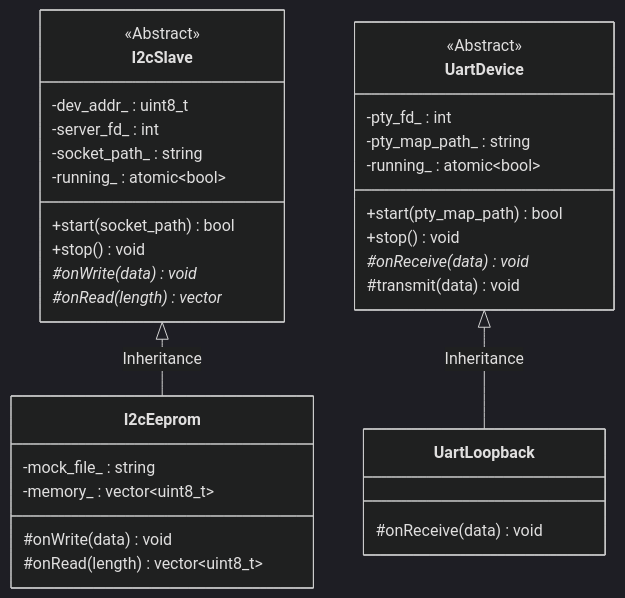
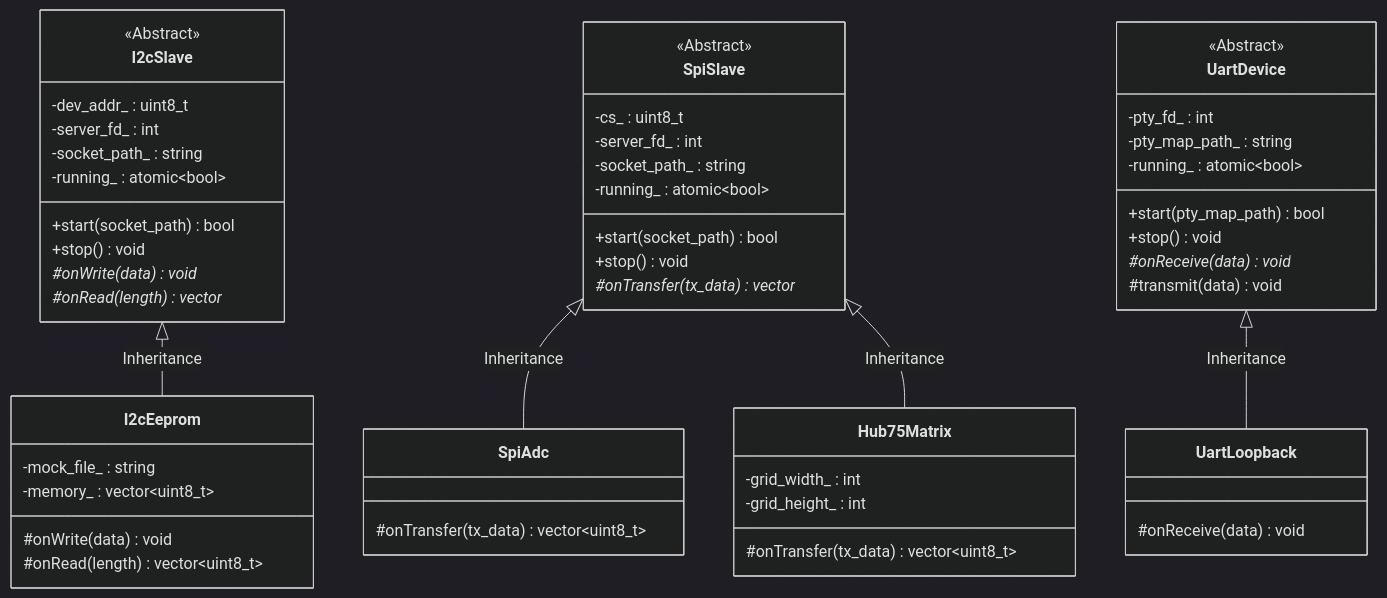
Before and after one commit to sirosiro/FPGA-BoardlessBench: the diagram in src/peripherals/README.md, drawn with Mermaid (dark theme). The commit also changed other lines of this file and 35 other files, not shown here.

First line of the commit message:
feat(hub75): add PPA 4.0 HUB75 matrix plugin, scenarios 06b/06c, and decoupled overlay offset architecture

````diff
--- a/src/peripherals/README.md
+++ b/src/peripherals/README.md
@@ -13,36 +13,56 @@
 ```mermaid
 classDiagram
     class I2cSlave {
         <<Abstract>>
         -dev_addr_ : uint8_t
         -server_fd_ : int
         -socket_path_ : string
         -running_ : atomic~bool~
         +start(socket_path) bool
         +stop() void
         #onWrite(data) void*
         #onRead(length) vector*
+    }
+    class SpiSlave {
+        <<Abstract>>
+        -cs_ : uint8_t
+        -server_fd_ : int
+        -socket_path_ : string
+        -running_ : atomic~bool~
+        +start(socket_path) bool
+        +stop() void
+        #onTransfer(tx_data) vector*
     }
     class UartDevice {
         <<Abstract>>
         -pty_fd_ : int
         -pty_map_path_ : string
         -running_ : atomic~bool~
         +start(pty_map_path) bool
         +stop() void
         #onReceive(data) void*
         #transmit(data) void
     }
     class I2cEeprom {
         -mock_file_ : string
         -memory_ : vector~uint8_t~
         #onWrite(data) void
         #onRead(length) vector~uint8_t~
     }
+    class SpiAdc {
+        #onTransfer(tx_data) vector~uint8_t~
+    }
+    class Hub75Matrix {
+        -grid_width_ : int
+        -grid_height_ : int
+        #onTransfer(tx_data) vector~uint8_t~
+    }
     class UartLoopback {
         #onReceive(data) void
     }
 
     I2cSlave <|-- I2cEeprom : Inheritance
+    SpiSlave <|-- SpiAdc : Inheritance
+    SpiSlave <|-- Hub75Matrix : Inheritance
     UartDevice <|-- UartLoopback : Inheritance
 ```
````
